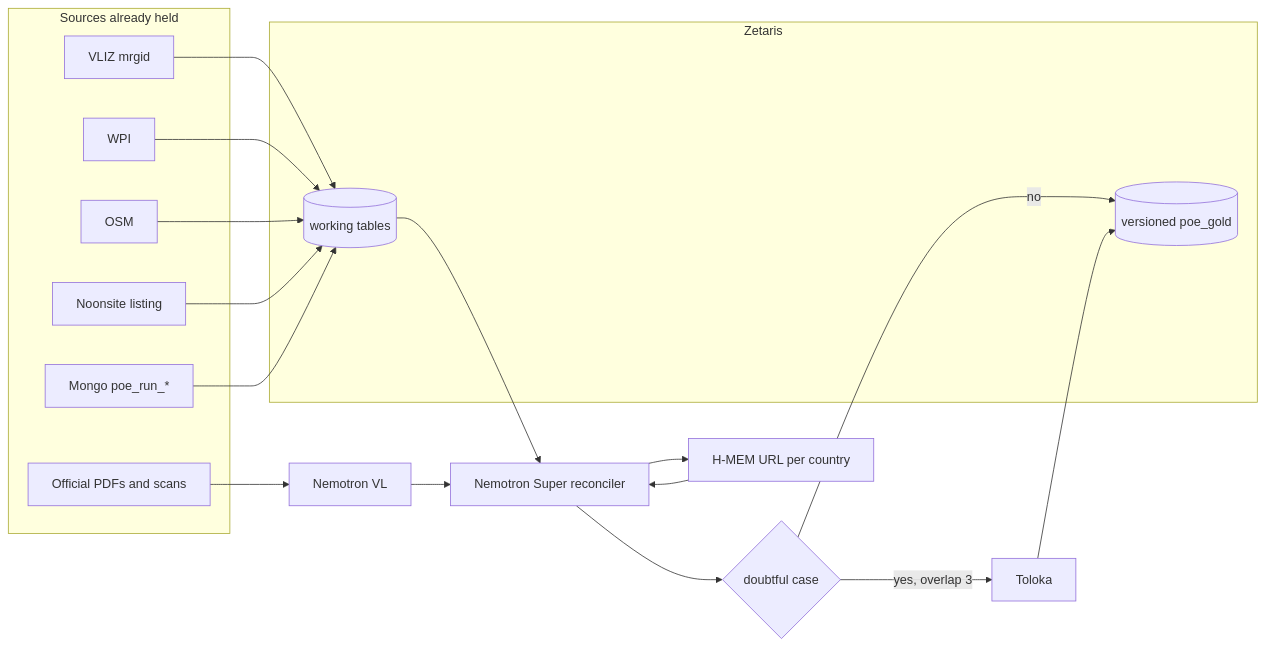
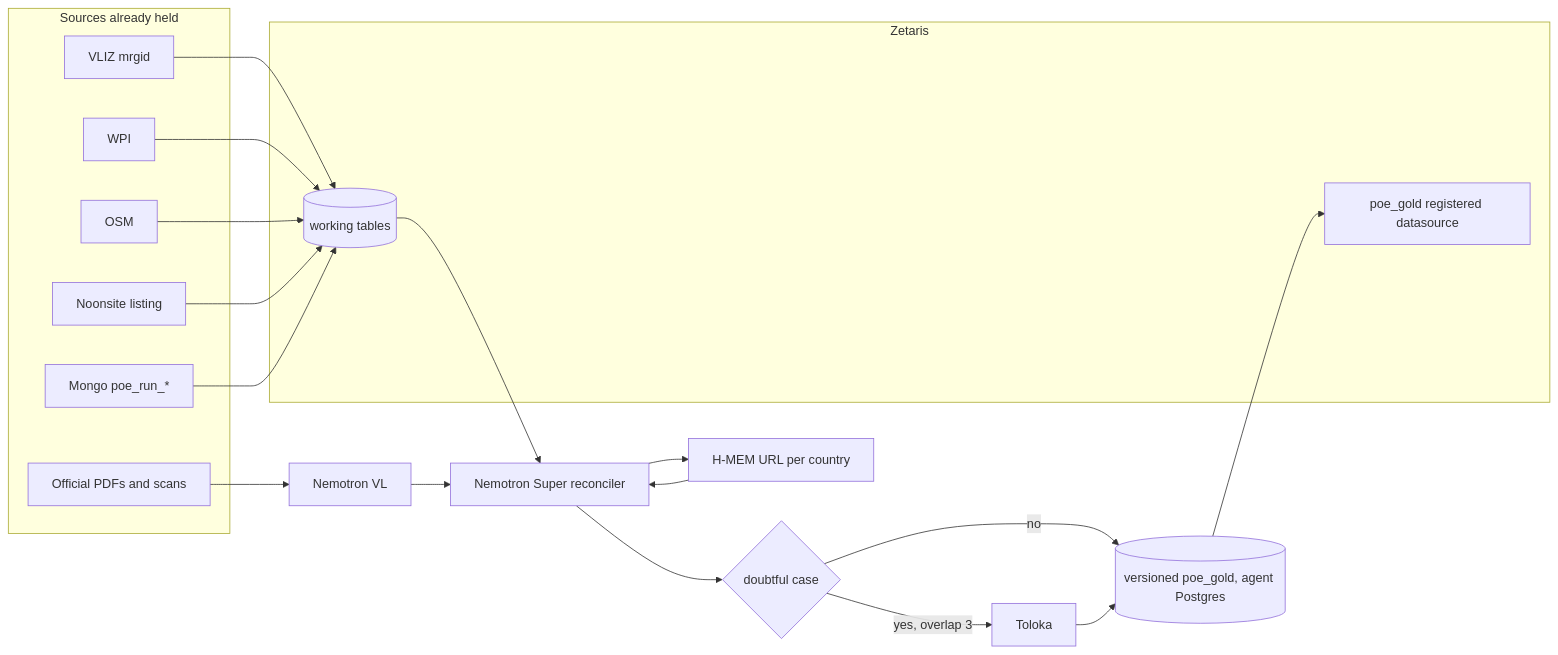
The diagram in docs/PLAN_HACKATHON_GENAI_BLUE_INTELLIGENCE.md (Berry-Mappemonde/Blue-Intelligence), drawn with Mermaid before and after one commit. The commit also changed other lines of this file, not shown here.

````diff
--- a/docs/PLAN_HACKATHON_GENAI_BLUE_INTELLIGENCE.md
+++ b/docs/PLAN_HACKATHON_GENAI_BLUE_INTELLIGENCE.md
@@ -170,32 +170,35 @@
 ```mermaid
 flowchart LR
   subgraph sources [Sources already held]
     VLIZ[VLIZ mrgid]
     WPI[WPI]
     OSM[OSM]
     NOON[Noonsite listing]
     RUNS[Mongo poe_run_*]
     PDF[Official PDFs and scans]
   end
 
   subgraph zet [Zetaris]
     T[(working tables)]
-    GOLD[(versioned poe_gold)]
+    GOLDV[poe_gold registered datasource]
   end
+
+  GOLD[(versioned poe_gold, agent Postgres)]
+  GOLD --> GOLDV
 
   VLIZ --> T
   WPI --> T
   OSM --> T
   NOON --> T
   RUNS --> T
 
   PDF --> VL[Nemotron VL]
   VL --> REC[Nemotron Super reconciler]
   T --> REC
   MEM[H-MEM URL per country] --> REC
   REC --> DOUTE{doubtful case}
   DOUTE -->|yes, overlap 3| TOL[Toloka]
   DOUTE -->|no| GOLD
   TOL --> GOLD
   REC --> MEM
 ```
````
